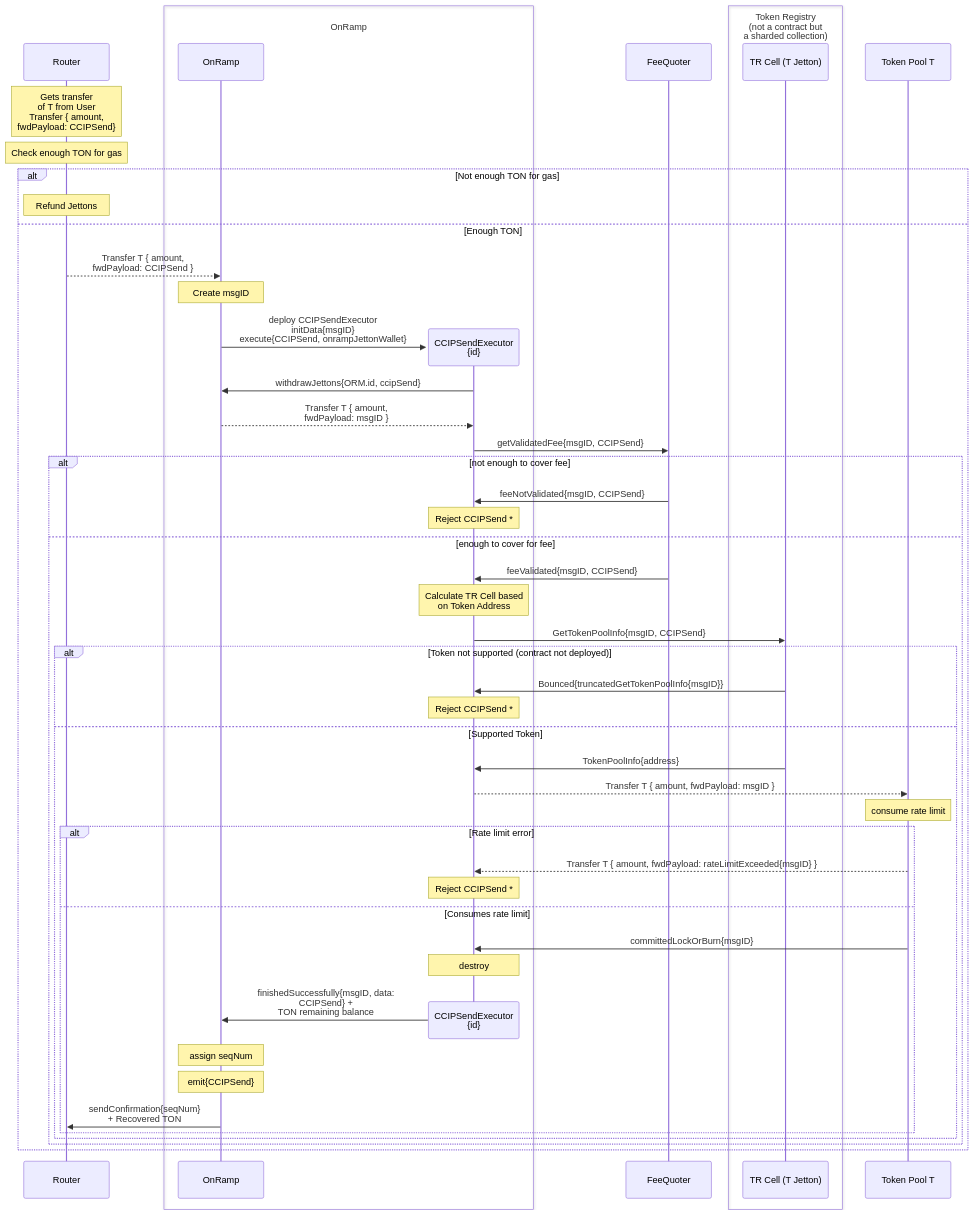
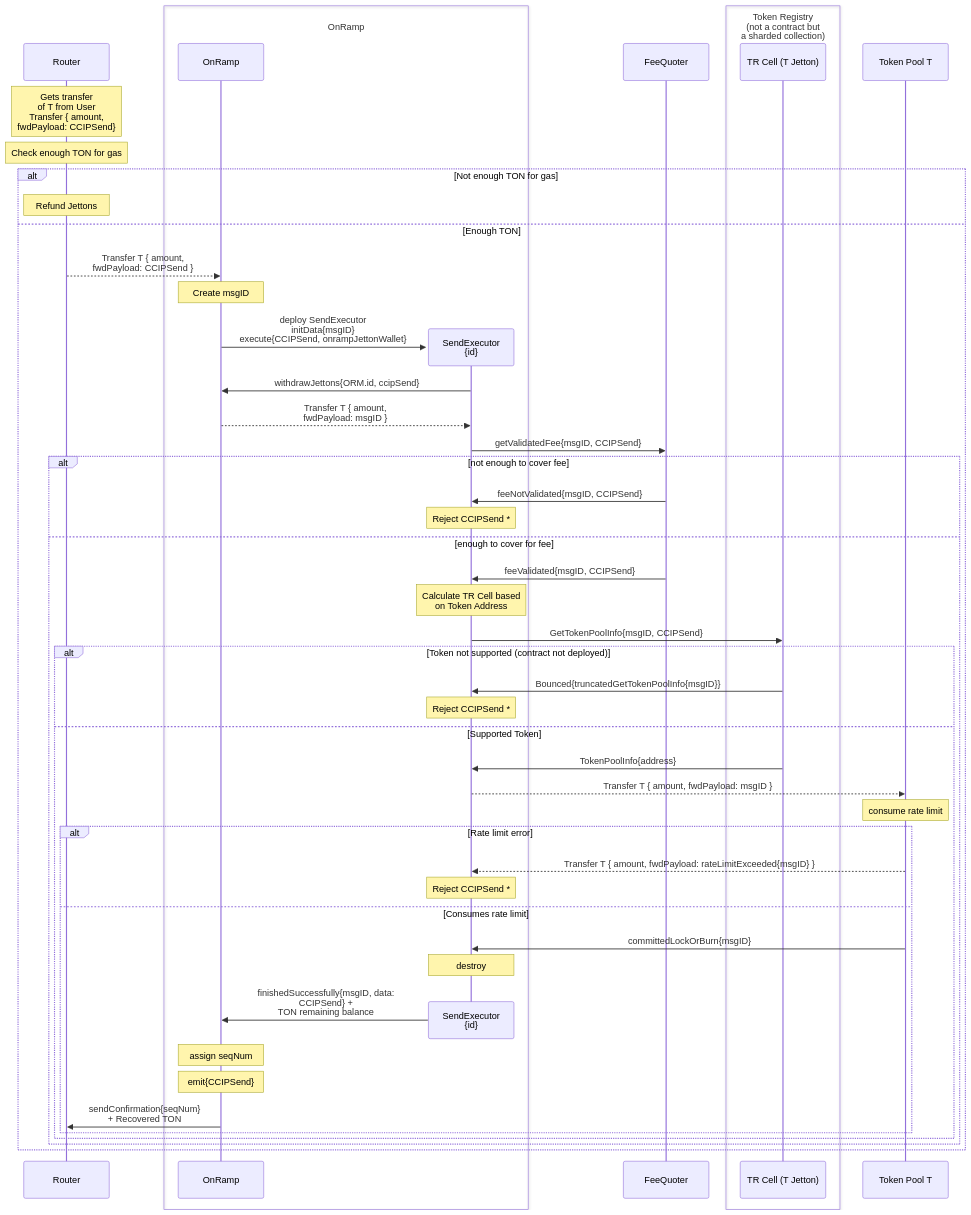
The first of 2 diagrams in docs/contracts/ccip/flow/onramp/token-transfer.md (fork-the-planet/smartcontractkit___chainlink-ton), drawn with Mermaid before and after one commit. The commit also changed other lines of this file and 12 other files, not shown here.

Commit message:
[NONEVM-2831] Update documentation on Message Flow #270

````diff
--- a/docs/contracts/ccip/flow/onramp/token-transfer.md
+++ b/docs/contracts/ccip/flow/onramp/token-transfer.md
@@ -9,70 +9,70 @@
 ```mermaid
 sequenceDiagram
     participant R as Router
 
     Note over R: Gets transfer<br>of T from User<br>Transfer { amount,<br>fwdPayload: CCIPSend}
     Note over R: Check enough TON for gas 
     alt Not enough TON for gas
     Note over R: Refund Jettons
     else Enough TON
 
     R -->> OR: Transfer T { amount,<br>fwdPayload: CCIPSend }
     
     Note over OR: Create msgID
     create participant ORM
-    OR ->> ORM: deploy CCIPSendExecutor <br>initData{msgID}<br>execute{CCIPSend, onrampJettonWallet}
+    OR ->> ORM: deploy SendExecutor <br>initData{msgID}<br>execute{CCIPSend, onrampJettonWallet}
     ORM ->> OR: withdrawJettons{ORM.id, ccipSend}
     OR -->> ORM: Transfer T { amount,<br>fwdPayload: msgID }
 
     box OnRamp
     participant OR as OnRamp
-    participant ORM as CCIPSendExecutor<br>{id}
+    participant ORM as SendExecutor<br>{id}
     end
 
     participant FQ as FeeQuoter
 
     box Token Registry<br>(not a contract but<br>a sharded collection)
     participant TRC as TR Cell (T Jetton)
     end
 
     participant TP as Token Pool T
 
     ORM ->> FQ: getValidatedFee{msgID, CCIPSend}
 
 
     alt not enough to cover fee
     FQ ->> ORM: feeNotValidated{msgID, CCIPSend}
     Note over ORM: Reject CCIPSend *
 
     else enough to cover for fee
     FQ ->> ORM: feeValidated{msgID, CCIPSend}
     Note over ORM: Calculate TR Cell based<br>on Token Address
 
     ORM ->> TRC: GetTokenPoolInfo{msgID, CCIPSend}
 
     alt Token not supported (contract not deployed)
     TRC ->> ORM: Bounced{truncatedGetTokenPoolInfo{msgID}}
     Note over ORM: Reject CCIPSend *
     else Supported Token
     TRC ->> ORM: TokenPoolInfo{address}
 
     ORM -->> TP: Transfer T { amount, fwdPayload: msgID }
     
     Note over TP: consume rate limit
     alt Rate limit error
     TP -->> ORM: Transfer T { amount, fwdPayload: rateLimitExceeded{msgID} }
     Note over ORM: Reject CCIPSend *
 
     else Consumes rate limit
     TP ->> ORM: committedLockOrBurn{msgID} 
     Note over ORM: destroy
     destroy ORM
     ORM ->> OR: finishedSuccessfully{msgID, data:<br>CCIPSend} +<br>TON remaining balance
     note over OR: assign seqNum
     note over OR: emit{CCIPSend}
     OR ->> R: sendConfirmation{seqNum}<br>+ Recovered TON
     end
     end
     end
     end
 ```
````
